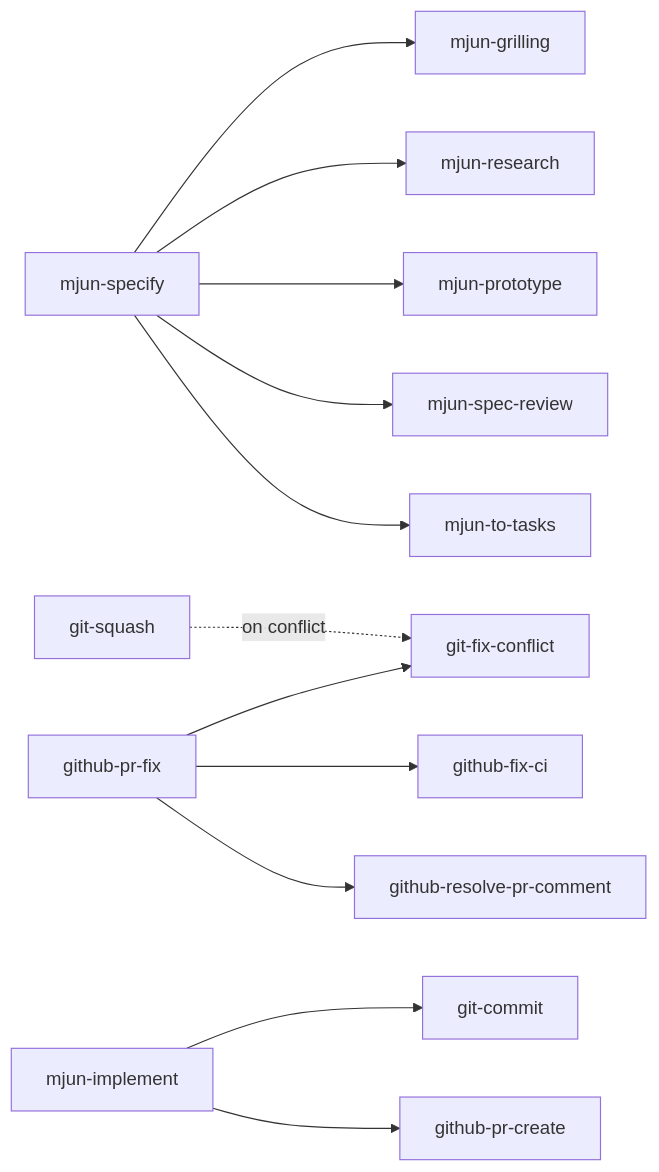
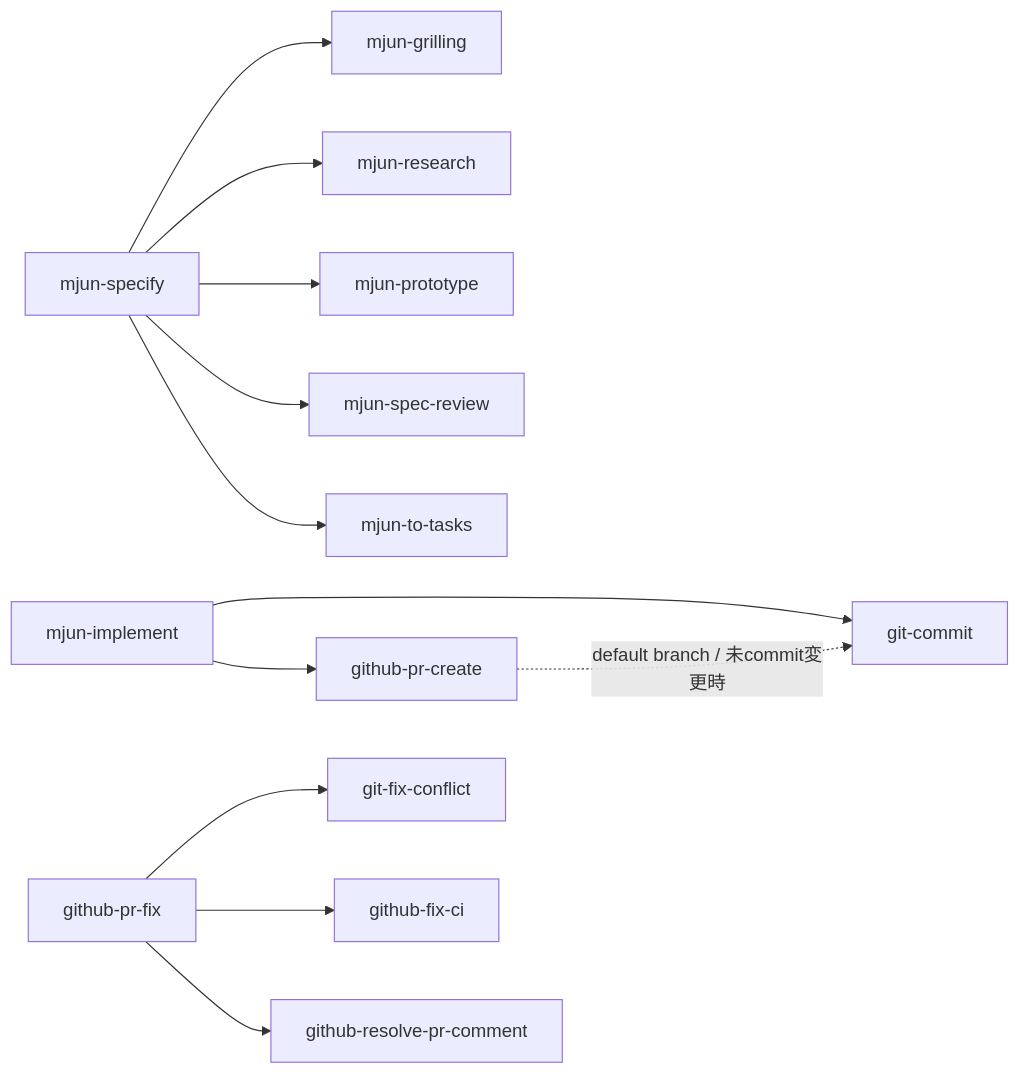
Before and after one commit to mjun0812/dotfiles: the diagram in doc/skills_ja.md, drawn with Mermaid. The commit also changed other lines of this file and 7 other files, not shown here.

````diff
--- a/doc/skills_ja.md
+++ b/doc/skills_ja.md
@@ -129,17 +129,17 @@
 ```mermaid
 graph LR
-    git-squash -. on conflict .-> git-fix-conflict
+    github-pr-create -. default branch / 未commit変更時 .-> git-commit
 
     mjun-specify --> mjun-grilling
     mjun-specify --> mjun-research
     mjun-specify --> mjun-prototype
     mjun-specify --> mjun-spec-review
     mjun-specify --> mjun-to-tasks
 
     mjun-implement --> git-commit
     mjun-implement --> github-pr-create
 
     github-pr-fix --> git-fix-conflict
     github-pr-fix --> github-fix-ci
     github-pr-fix --> github-resolve-pr-comment
 ```
````
